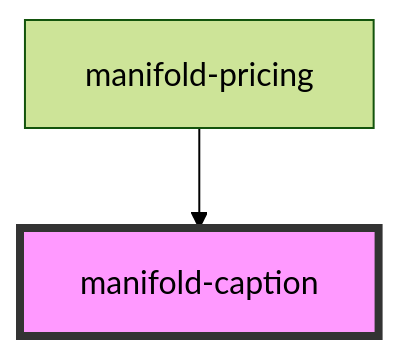
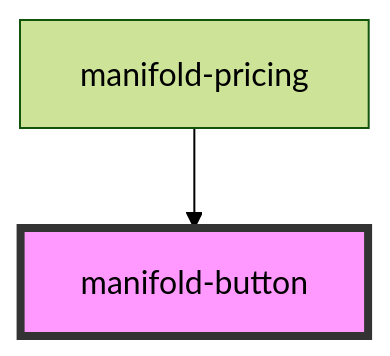
Before and after one commit to manifoldco/component-plan-matrix: the diagram in src/components/manifold-button/readme.md, drawn with Mermaid (forest theme). The commit also changed other lines of this file and 7 other files, not shown here.

````diff
--- a/src/components/manifold-button/readme.md
+++ b/src/components/manifold-button/readme.md
@@ -22,5 +23,5 @@
 ```mermaid
 graph TD;
-  manifold-pricing --> manifold-caption
-  style manifold-caption fill:#f9f,stroke:#333,stroke-width:4px
+  manifold-pricing --> manifold-button
+  style manifold-button fill:#f9f,stroke:#333,stroke-width:4px
 ```
````
